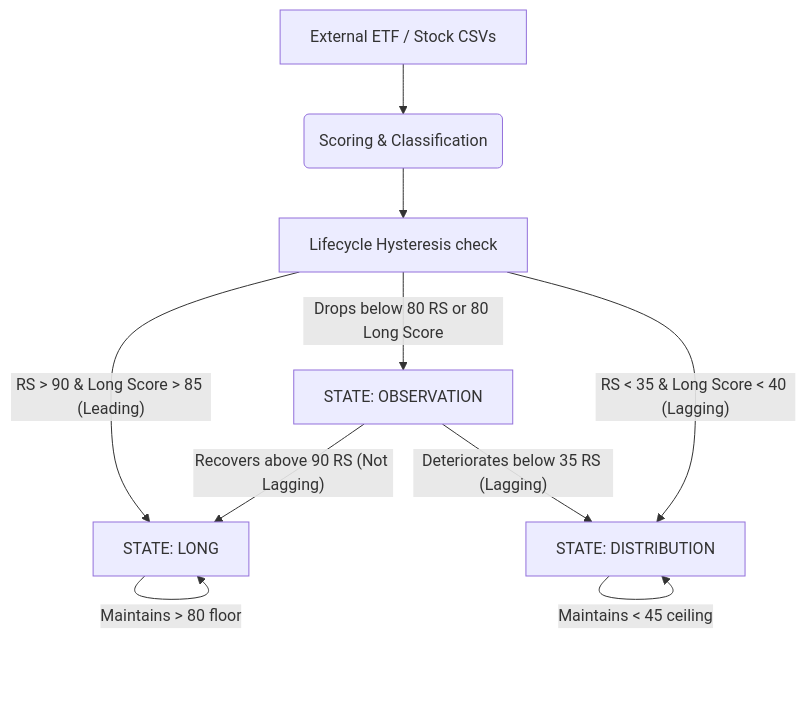
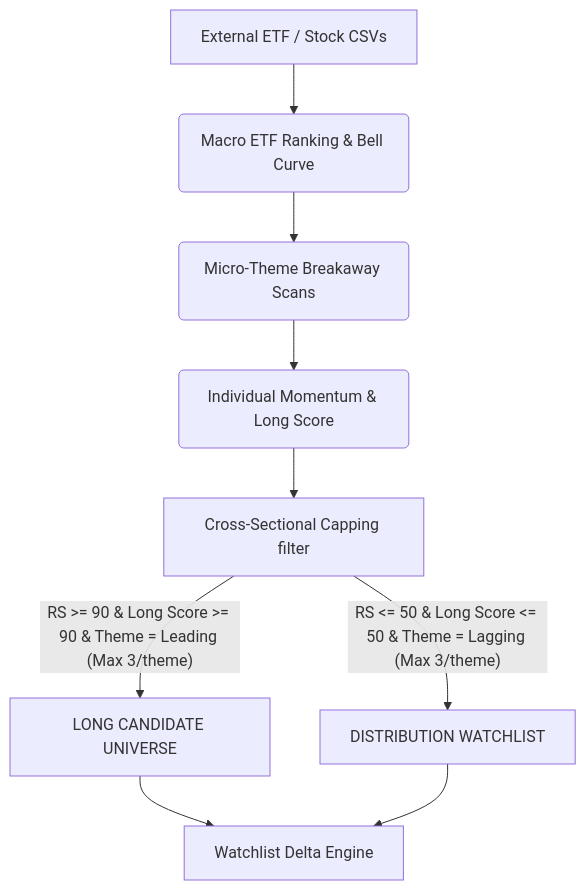
Before and after one commit to parimalrane/TABELA: the diagram in docs/STOCK_LIFECYCLE.md, drawn with Mermaid. The commit also changed other lines of this file and 4 other files, not shown here.

Commit message:
macro/micro/presentation

````diff
--- a/docs/STOCK_LIFECYCLE.md
+++ b/docs/STOCK_LIFECYCLE.md
@@ -7,21 +7,18 @@
 ```mermaid
 graph TD
     %% Base Data
-    Universe[External ETF / Stock CSVs] --> scoring(Scoring & Classification)
+    Universe[External ETF / Stock CSVs] --> macro_score(Macro ETF Ranking & Bell Curve)
+    macro_score --> micro_breakaway(Micro-Theme Breakaway Scans)
+    micro_breakaway --> stock_score(Individual Momentum & Long Score)
     
-    %% Registry Evaluation
-    scoring --> RE_Valid[Lifecycle Hysteresis check]
+    %% Engine Evaluation
+    stock_score --> cross_section[Cross-Sectional Capping filter]
     
-    %% State Machine Transitions
-    RE_Valid -- "RS > 90 & Long Score > 85 (Leading)" --> State_Long[STATE: LONG]
-    RE_Valid -- "Drops below 80 RS or 80 Long Score" --> State_Obs[STATE: OBSERVATION]
-    RE_Valid -- "RS < 35 & Long Score < 40 (Lagging)" --> State_Dist[STATE: DISTRIBUTION]
+    %% Output
+    cross_section -- "RS >= 90 & Long Score >= 90 & Theme = Leading (Max 3/theme)" --> State_Long[LONG CANDIDATE UNIVERSE]
+    cross_section -- "RS <= 50 & Long Score <= 50 & Theme = Lagging (Max 3/theme)" --> State_Dist[DISTRIBUTION WATCHLIST]
     
-    %% Hysteresis Maintenance
-    State_Long -- "Maintains > 80 floor" --> State_Long
-    State_Dist -- "Maintains < 45 ceiling" --> State_Dist
-    
-    %% Breakout / Breakdowns
-    State_Obs -- "Recovers above 90 RS (Not Lagging)" --> State_Long
-    State_Obs -- "Deteriorates below 35 RS (Lagging)" --> State_Dist
+    %% Memory
+    State_Long --> Delta[Watchlist Delta Engine]
+    State_Dist --> Delta
 ```
````
